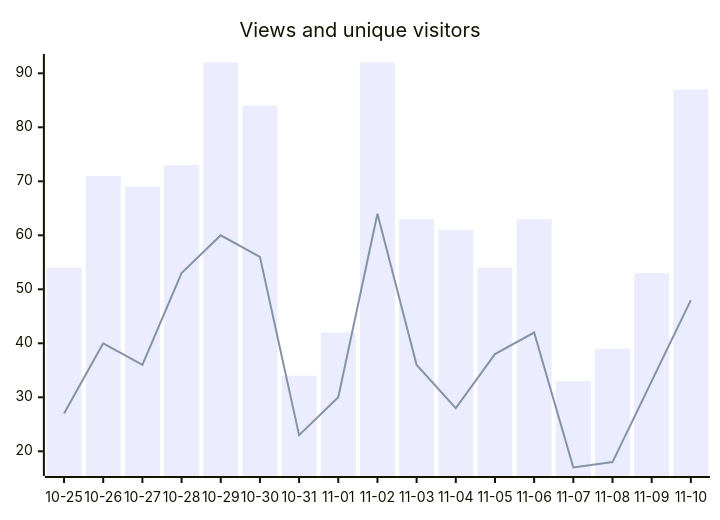
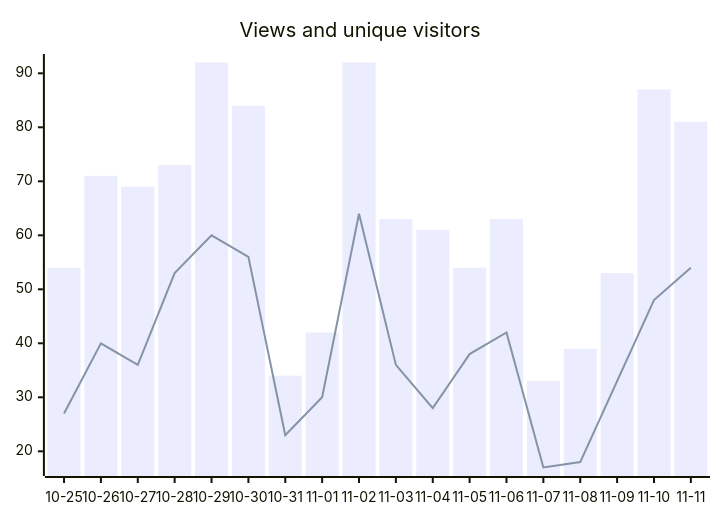
Before and after one commit to fmadore/Live-translation: the second of 2 diagrams in README.md, drawn with Mermaid. The commit also changed other lines of this file and 3 other files, not shown here.

````diff
--- a/README.md
+++ b/README.md
@@ -76,7 +76,7 @@
 ```mermaid
 xychart-beta
     title "Views and unique visitors"
-    x-axis ["10-25", "10-26", "10-27", "10-28", "10-29", "10-30", "10-31", "11-01", "11-02", "11-03", "11-04", "11-05", "11-06", "11-07", "11-08", "11-09", "11-10"]
-    bar [54, 71, 69, 73, 92, 84, 34, 42, 92, 63, 61, 54, 63, 33, 39, 53, 87]
-    line [27, 40, 36, 53, 60, 56, 23, 30, 64, 36, 28, 38, 42, 17, 18, 33, 48]
+    x-axis ["10-25", "10-26", "10-27", "10-28", "10-29", "10-30", "10-31", "11-01", "11-02", "11-03", "11-04", "11-05", "11-06", "11-07", "11-08", "11-09", "11-10", "11-11"]
+    bar [54, 71, 69, 73, 92, 84, 34, 42, 92, 63, 61, 54, 63, 33, 39, 53, 87, 81]
+    line [27, 40, 36, 53, 60, 56, 23, 30, 64, 36, 28, 38, 42, 17, 18, 33, 48, 54]
 ```
````
